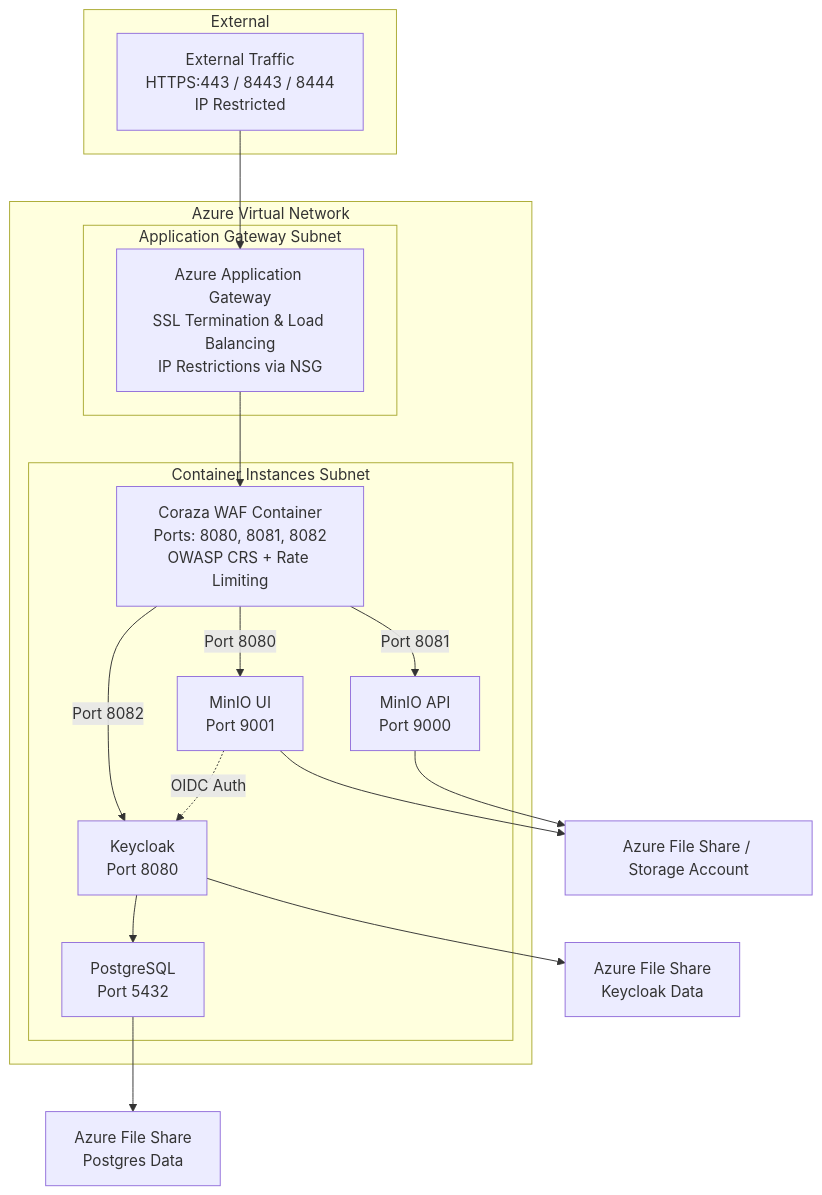
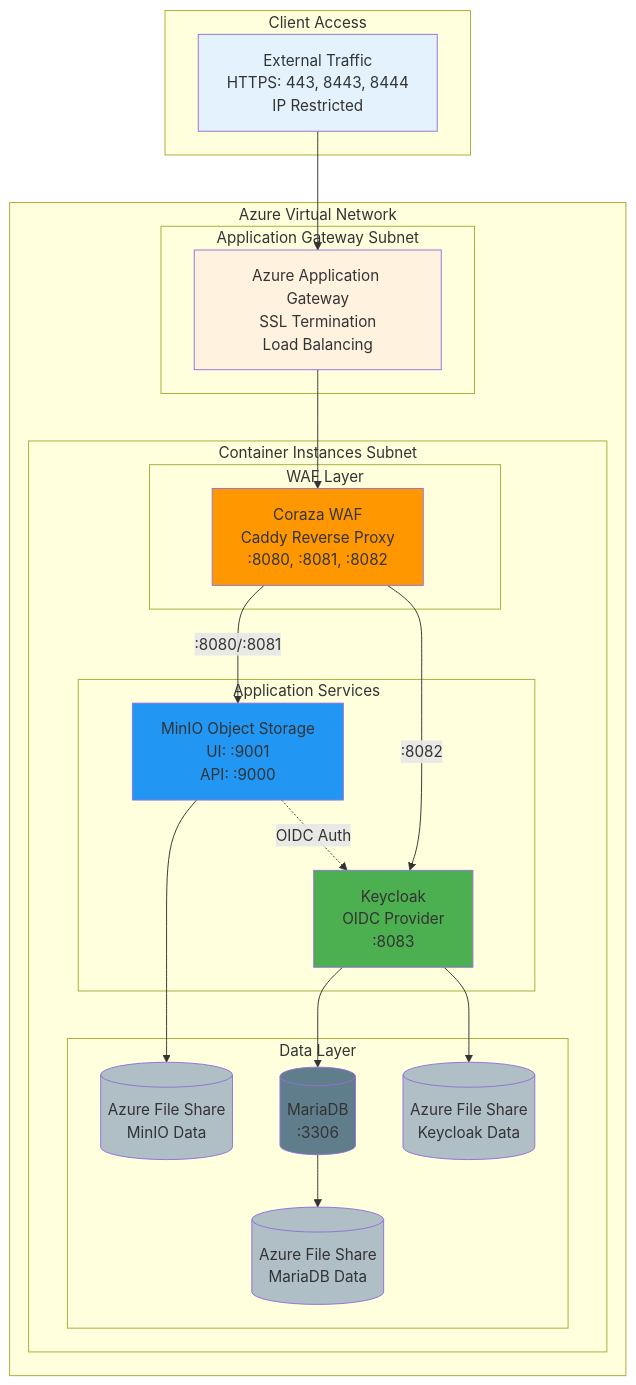
The diagram in README.md (meshcloud/minio_azure_container_app), drawn with Mermaid before and after one commit. The commit also changed other lines of this file and 15 other files, not shown here.

````diff
--- a/README.md
+++ b/README.md
@@ -9,35 +53,50 @@
 ```mermaid
-flowchart TD
-    subgraph External
-        A[External Traffic<br>HTTPS:443 / 8443 / 8444<br>IP Restricted]
+graph TD
+    subgraph "Client Access"
+        Client[External Traffic<br/>HTTPS: 443, 8443, 8444<br/>IP Restricted]
     end
-
-    A --> B[Azure Application Gateway<br>SSL Termination & Load Balancing<br>IP Restrictions via NSG]
-
-    B --> C[Coraza WAF Container<br>Ports: 8080, 8081, 8082<br>OWASP CRS + Rate Limiting]
-
-    C -->|Port 8080| E[MinIO UI<br>Port 9001]
-    C -->|Port 8081| F[MinIO API<br>Port 9000]
-    C -->|Port 8082| K[Keycloak<br>Port 8080]
-
-    E --> G[Azure File Share / Storage Account]
-    F --> G
-    K --> H[PostgreSQL<br>Port 5432]
-    K --> I[Azure File Share<br>Keycloak Data]
-    H --> J[Azure File Share<br>Postgres Data]
-
-    E -.OIDC Auth.-> K
 
     subgraph "Azure Virtual Network"
         subgraph "Application Gateway Subnet"
-            B
+            AppGW[Azure Application Gateway<br/>SSL Termination<br/>Load Balancing]
         end
+
         subgraph "Container Instances Subnet"
-            C
-            E
-            F
-            K
-            H
+            subgraph "WAF Layer"
+                WAF[Coraza WAF<br/>Caddy Reverse Proxy<br/>:8080, :8081, :8082]
+            end
+
+            subgraph "Application Services"
+                MinIO[MinIO Object Storage<br/>UI: :9001<br/>API: :9000]
+                Keycloak[Keycloak<br/>OIDC Provider<br/>:8083]
+            end
+
+            subgraph "Data Layer"
+                DB[(MariaDB<br/>:3306)]
+                MinIOStorage[(Azure File Share<br/>MinIO Data)]
+                KeycloakStorage[(Azure File Share<br/>Keycloak Data)]
+                DBStorage[(Azure File Share<br/>MariaDB Data)]
+            end
         end
     end
+
+    Client --> AppGW
+    AppGW --> WAF
+    WAF -->|:8080/:8081| MinIO
+    WAF -->|:8082| Keycloak
+    MinIO --> MinIOStorage
+    MinIO -.OIDC Auth.-> Keycloak
+    Keycloak --> DB
+    Keycloak --> KeycloakStorage
+    DB --> DBStorage
+
+    style Client fill:#e3f2fd
+    style AppGW fill:#fff3e0
+    style WAF fill:#ff9800
+    style MinIO fill:#2196f3
+    style Keycloak fill:#4caf50
+    style DB fill:#607d8b
+    style MinIOStorage fill:#b0bec5
+    style KeycloakStorage fill:#b0bec5
+    style DBStorage fill:#b0bec5
 ```
````
